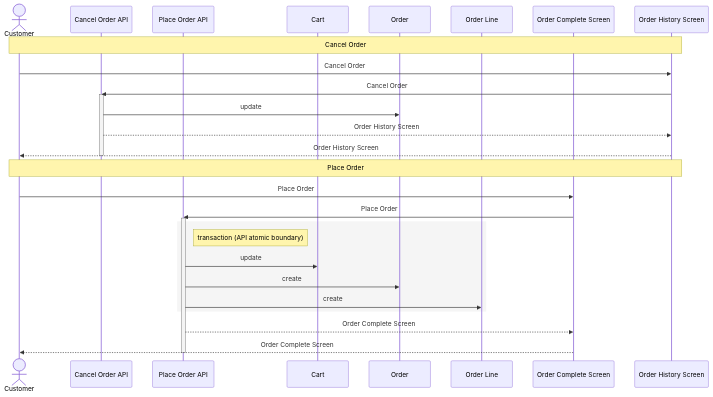
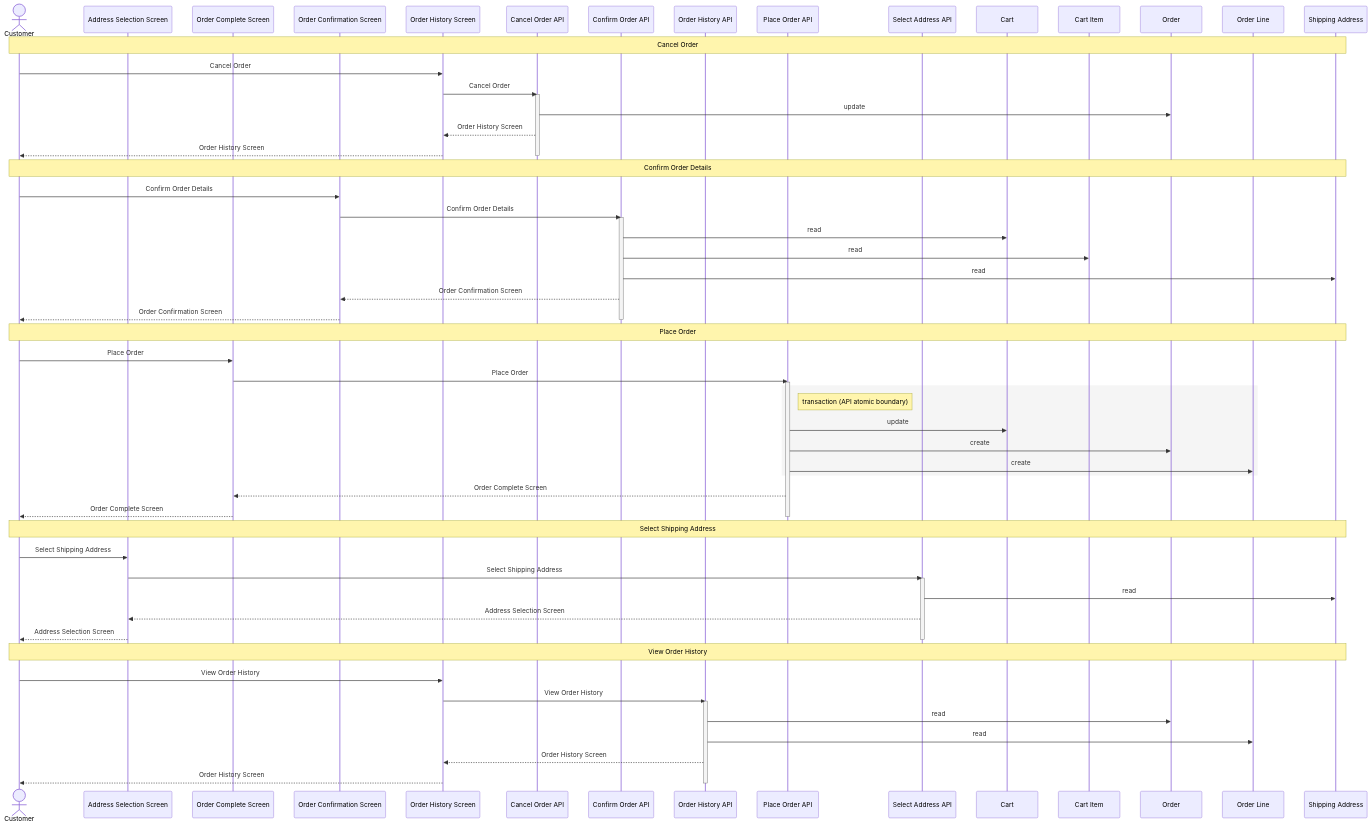
One commit to manji-0/rdra-ish-dsl changed the fourth of 4 diagrams in README.md. Above: the diagram before and after it, drawn with Mermaid.

Commit message:
docs(readme): update sequence screen lane order

````diff
--- a/README.md
+++ b/README.md
@@ -624,34 +624,71 @@
 ```mermaid
 sequenceDiagram
   actor Customer as Customer
+  participant AddressSelectScreen as Address Selection Screen
+  participant OrderCompleteScreen as Order Complete Screen
+  participant OrderConfirmScreen as Order Confirmation Screen
+  participant OrderHistoryScreen as Order History Screen
   participant CancelOrderApi as Cancel Order API
+  participant ConfirmOrderApi as Confirm Order API
+  participant OrderHistoryApi as Order History API
   participant PlaceOrderApi as Place Order API
+  participant SelectAddressApi as Select Address API
   participant Cart as Cart
+  participant CartItem as Cart Item
   participant Order as Order
   participant OrderLine as Order Line
-  participant OrderCompleteScreen as Order Complete Screen
-  participant OrderHistoryScreen as Order History Screen
+  participant ShippingAddress as Shipping Address
 
-  Note over Customer,OrderHistoryScreen: Cancel Order
+  Note over Customer,ShippingAddress: Cancel Order
   Customer->>OrderHistoryScreen: Cancel Order
   OrderHistoryScreen->>CancelOrderApi: Cancel Order
   activate CancelOrderApi
   CancelOrderApi->>Order: update
   CancelOrderApi-->>OrderHistoryScreen: Order History Screen
   OrderHistoryScreen-->>Customer: Order History Screen
   deactivate CancelOrderApi
 
-  Note over Customer,OrderHistoryScreen: Place Order
+  Note over Customer,ShippingAddress: Confirm Order Details
+  Customer->>OrderConfirmScreen: Confirm Order Details
+  OrderConfirmScreen->>ConfirmOrderApi: Confirm Order Details
+  activate ConfirmOrderApi
+  ConfirmOrderApi->>Cart: read
+  ConfirmOrderApi->>CartItem: read
+  ConfirmOrderApi->>ShippingAddress: read
+  ConfirmOrderApi-->>OrderConfirmScreen: Order Confirmation Screen
+  OrderConfirmScreen-->>Customer: Order Confirmation Screen
+  deactivate ConfirmOrderApi
+
+  Note over Customer,ShippingAddress: Place Order
   Customer->>OrderCompleteScreen: Place Order
   OrderCompleteScreen->>PlaceOrderApi: Place Order
   activate PlaceOrderApi
   rect rgb(245,245,245)
     Note right of PlaceOrderApi: transaction (API atomic boundary)
     PlaceOrderApi->>Cart: update
     PlaceOrderApi->>Order: create
     PlaceOrderApi->>OrderLine: create
   end
   PlaceOrderApi-->>OrderCompleteScreen: Order Complete Screen
   OrderCompleteScreen-->>Customer: Order Complete Screen
   deactivate PlaceOrderApi
+
+  Note over Customer,ShippingAddress: Select Shipping Address
+  Customer->>AddressSelectScreen: Select Shipping Address
+  AddressSelectScreen->>SelectAddressApi: Select Shipping Address
+  activate SelectAddressApi
+  SelectAddressApi->>ShippingAddress: read
+  SelectAddressApi-->>AddressSelectScreen: Address Selection Screen
+  AddressSelectScreen-->>Customer: Address Selection Screen
+  deactivate SelectAddressApi
+
+  Note over Customer,ShippingAddress: View Order History
+  Customer->>OrderHistoryScreen: View Order History
+  OrderHistoryScreen->>OrderHistoryApi: View Order History
+  activate OrderHistoryApi
+  OrderHistoryApi->>Order: read
+  OrderHistoryApi->>OrderLine: read
+  OrderHistoryApi-->>OrderHistoryScreen: Order History Screen
+  OrderHistoryScreen-->>Customer: Order History Screen
+  deactivate OrderHistoryApi
 ```
````
